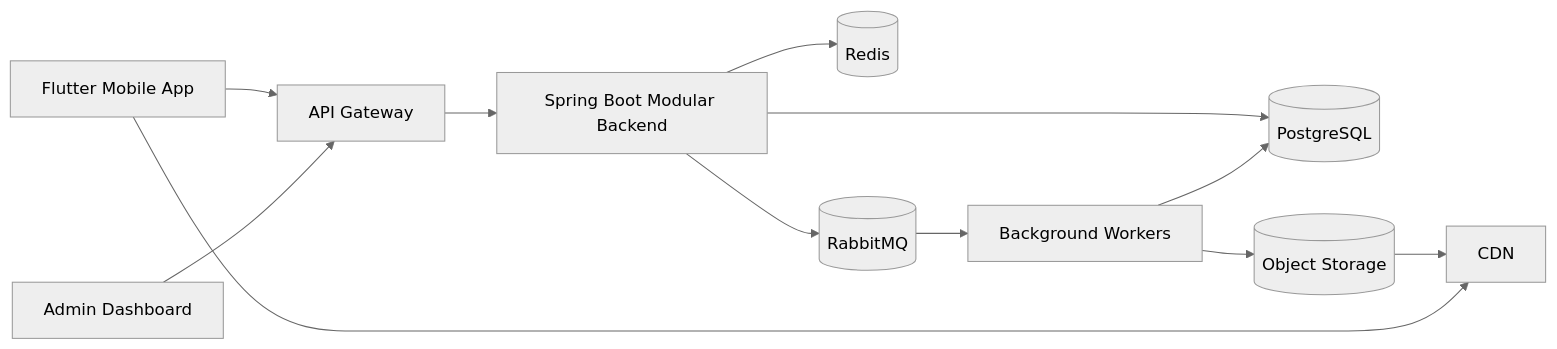
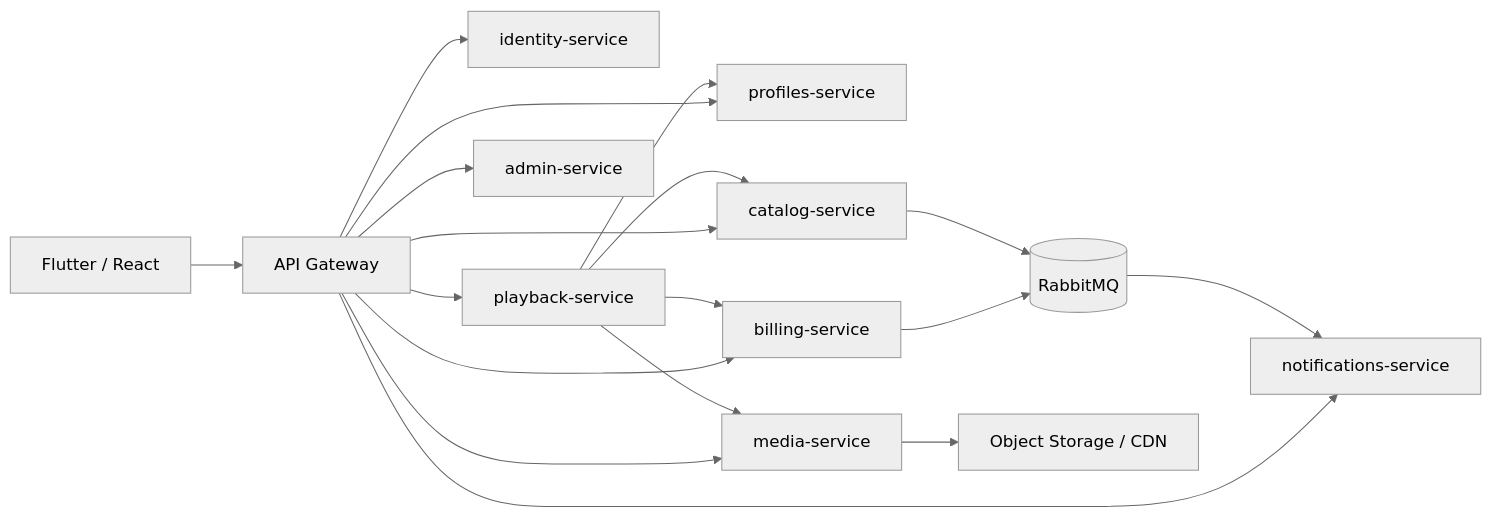
The first of 3 diagrams in docs/03_Architecture/Backend_Architecture.md (IoanMarian08/KidsAudioBookPlatform), drawn with Mermaid (neutral theme) before and after one commit. The commit also changed other lines of this file and 2 other files, not shown here.

Commit message:
docs(architecture): rewrite core backend and data design for microservices

````diff
--- a/docs/03_Architecture/Backend_Architecture.md
+++ b/docs/03_Architecture/Backend_Architecture.md
@@ -47,25 +35,20 @@
-```mermaid
-graph LR
-    Mobile[Flutter Mobile App]
-    Admin[Admin Dashboard]
-    Edge[API Gateway]
-    Backend[Spring Boot Modular Backend]
-    Workers[Background Workers]
-    DB[(PostgreSQL)]
-    Cache[(Redis)]
-    Broker[(RabbitMQ)]
-    Storage[(Object Storage)]
-    CDN[CDN]
-
-    Mobile --> Edge
-    Admin --> Edge
-    Edge --> Backend
-    Backend --> DB
-    Backend --> Cache
-    Backend --> Broker
-    Broker --> Workers
-    Workers --> DB
-    Workers --> Storage
-    Storage --> CDN
-    Mobile --> CDN
-```
+~~~mermaid
+flowchart LR
+  Client[Flutter / React] --> GW[API Gateway]
+  GW --> ID[identity-service]
+  GW --> Profiles[profiles-service]
+  GW --> Catalog[catalog-service]
+  GW --> Media[media-service]
+  GW --> Playback[playback-service]
+  GW --> Billing[billing-service]
+  GW --> Notifications[notifications-service]
+  GW --> Admin[admin-service]
+  Playback --> Profiles
+  Playback --> Catalog
+  Playback --> Billing
+  Playback --> Media
+  Billing --> MQ[(RabbitMQ)]
+  Catalog --> MQ
+  MQ --> Notifications
+  Media --> CDN[Object Storage / CDN]
+~~~
````
